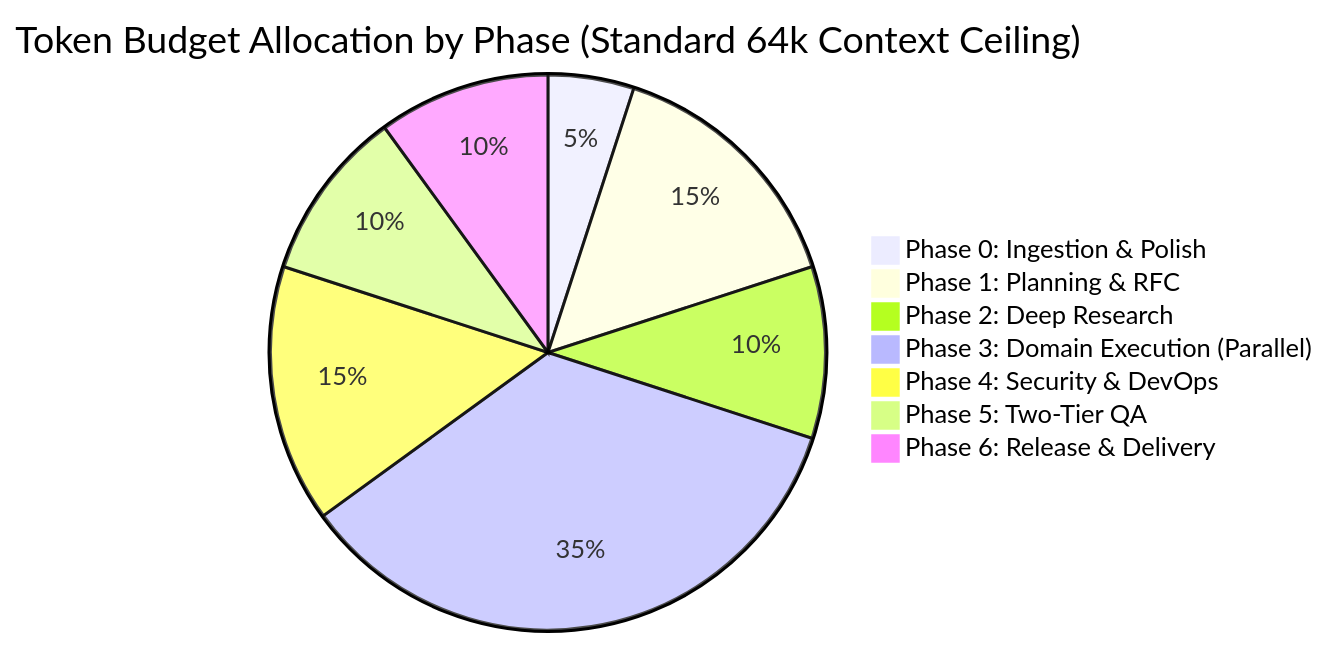
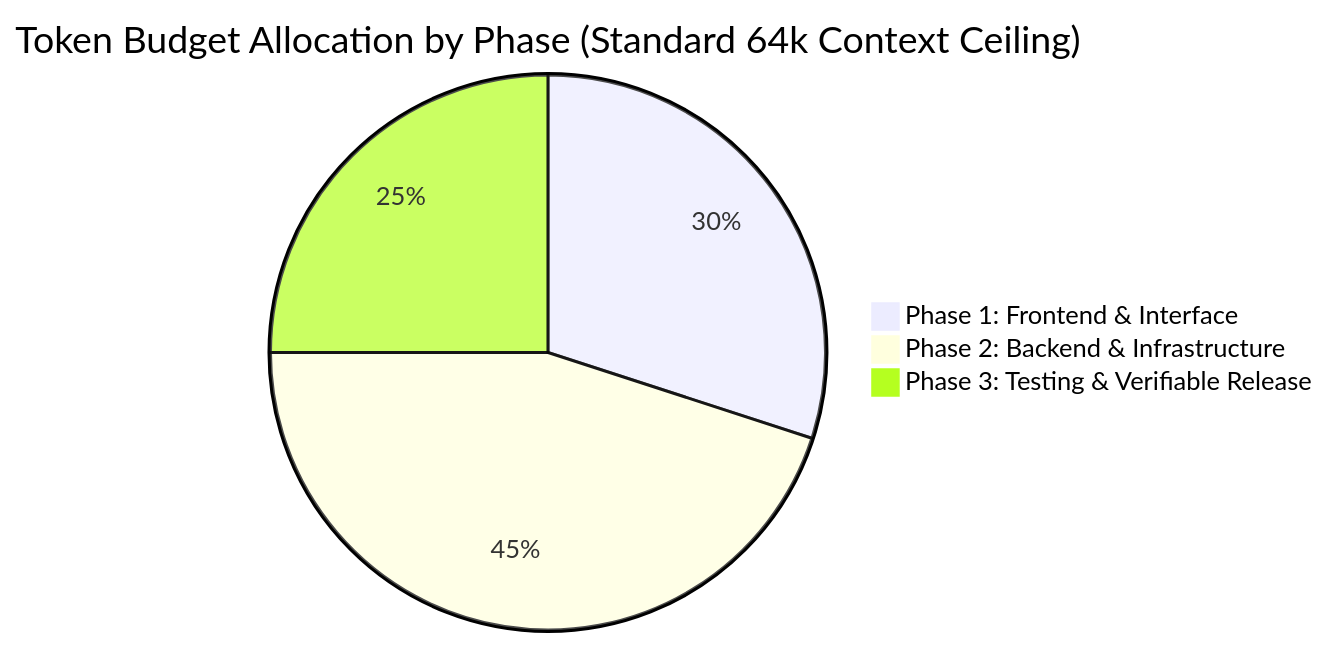
Before and after one commit to darknecrocities/SkillBuilder: the diagram in skills/full-scale-mode/references/token-budget-and-context-management.md, drawn with Mermaid. The commit also changed other lines of this file and 9 other files, not shown here.

````diff
--- a/skills/full-scale-mode/references/token-budget-and-context-management.md
+++ b/skills/full-scale-mode/references/token-budget-and-context-management.md
@@ -20,10 +20,6 @@
 ```mermaid
 pie title Token Budget Allocation by Phase (Standard 64k Context Ceiling)
-    "Phase 0: Ingestion & Polish" : 5
-    "Phase 1: Planning & RFC" : 15
-    "Phase 2: Deep Research" : 10
-    "Phase 3: Domain Execution (Parallel)" : 35
-    "Phase 4: Security & DevOps" : 15
-    "Phase 5: Two-Tier QA" : 10
-    "Phase 6: Release & Delivery" : 10
+    "Phase 1: Frontend & Interface" : 30
+    "Phase 2: Backend & Infrastructure" : 45
+    "Phase 3: Testing & Verifiable Release" : 25
 ```
````
